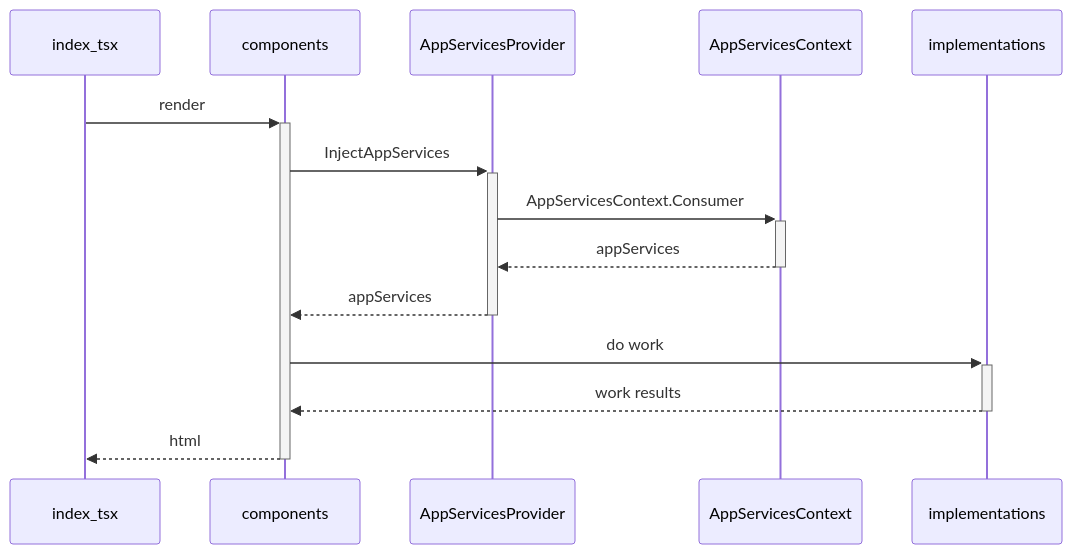
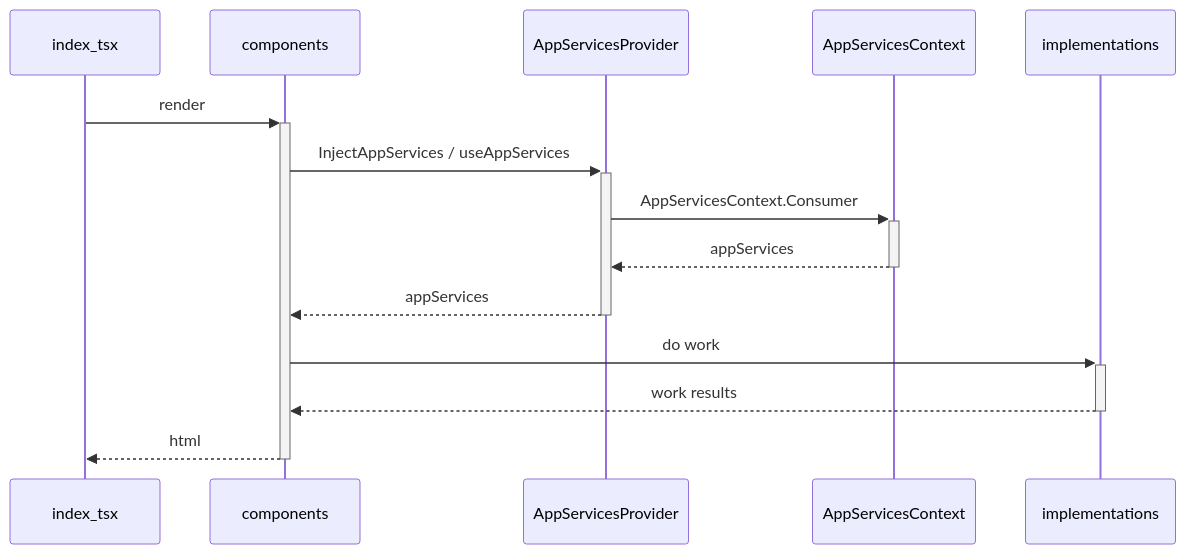
Before and after one commit to FromDoppler/doppler-editors-webapp: the second of 2 diagrams in README.md, drawn with Mermaid. The commit also changed other lines of this file and 3 other files, not shown here.

Commit message:
chore: add useAppServices hook

````diff
--- a/README.md
+++ b/README.md
@@ -69,17 +69,17 @@
 ```mermaid
   sequenceDiagram
     participant index_tsx
     participant components
     participant AppServicesProvider
     participant AppServicesContext
     participant implementations
 
     index_tsx->>+components: render
-    components->>+AppServicesProvider: InjectAppServices
+    components->>+AppServicesProvider: InjectAppServices / useAppServices
     AppServicesProvider->>+AppServicesContext: AppServicesContext.Consumer
     AppServicesContext-->>-AppServicesProvider: appServices
     AppServicesProvider-->>-components: appServices
     components->>+implementations: do work
     implementations-->>-components: work results
     components-->>-index_tsx: html
 ```
````
